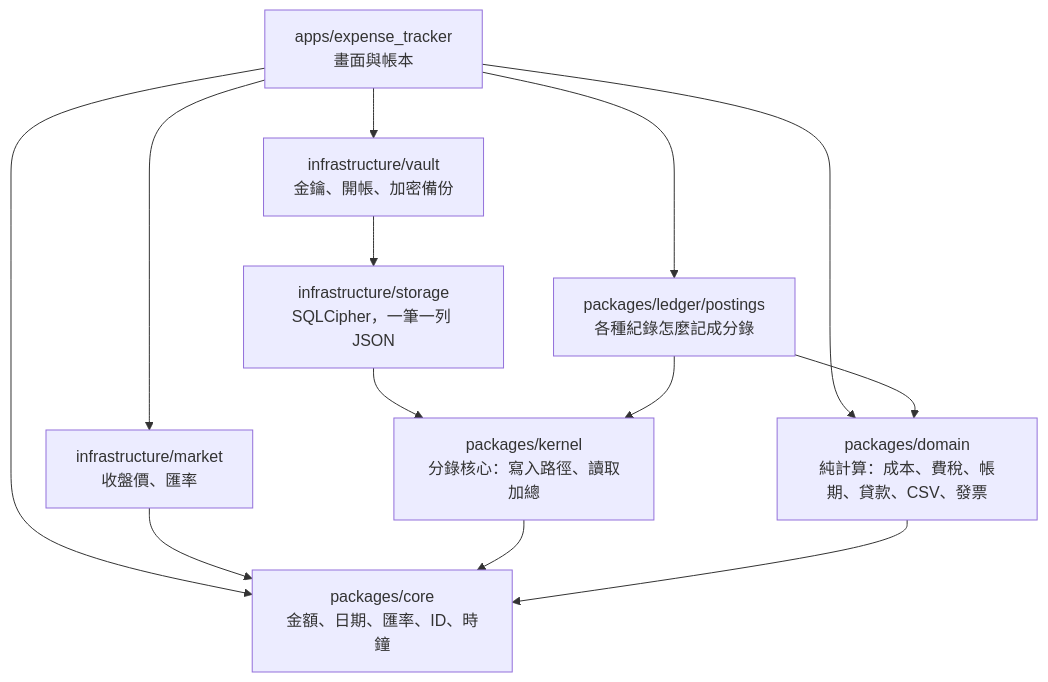
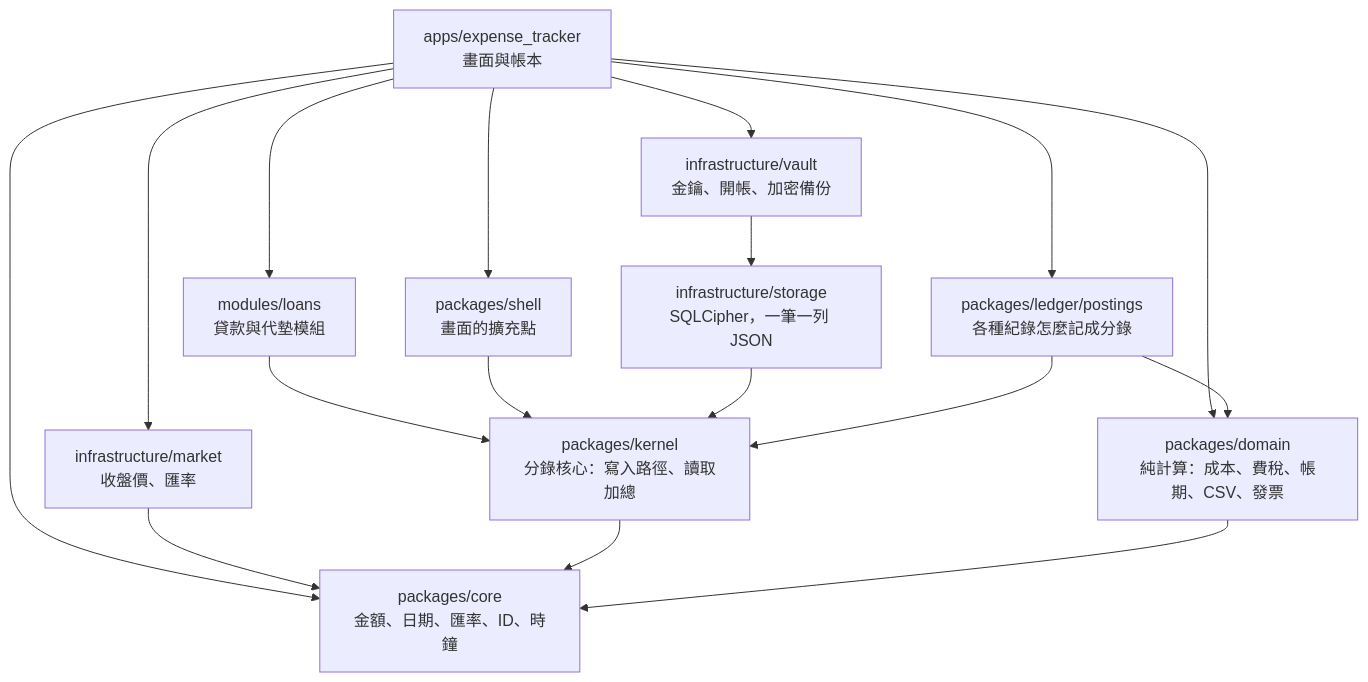
One commit to swz0103/ExpenseTracker-V2 changed the first of 3 diagrams in docs/architecture.md. Above: the diagram before and after it, drawn with Mermaid. The commit also changed other lines of this file, not shown here.

First line of the commit message:
Document the module recipe, the contribution points and the order of the modules to move

````diff
--- a/docs/architecture.md
+++ b/docs/architecture.md
@@ -7,18 +7,22 @@
 ```mermaid
 flowchart TB
   app["apps/expense_tracker<br/>畫面與帳本"]
   vault["infrastructure/vault<br/>金鑰、開帳、加密備份"]
   storage["infrastructure/storage<br/>SQLCipher，一筆一列 JSON"]
   market["infrastructure/market<br/>收盤價、匯率"]
-  domain["packages/domain<br/>純計算：成本、費稅、帳期、貸款、CSV、發票"]
+  domain["packages/domain<br/>純計算：成本、費稅、帳期、CSV、發票"]
+  shell["packages/shell<br/>畫面的擴充點"]
+  loans["modules/loans<br/>貸款與代墊模組"]
   postings["packages/ledger/postings<br/>各種紀錄怎麼記成分錄"]
   kernel["packages/kernel<br/>分錄核心：寫入路徑、讀取加總"]
   core["packages/core<br/>金額、日期、匯率、ID、時鐘"]
-  app --> vault & market & domain & postings & core
+  app --> vault & market & domain & postings & core & shell & loans
+  loans --> kernel
+  shell --> kernel
   vault --> storage
   storage --> kernel
   postings --> kernel & domain
   market --> core
   kernel --> core
   domain --> core
 ```
````
